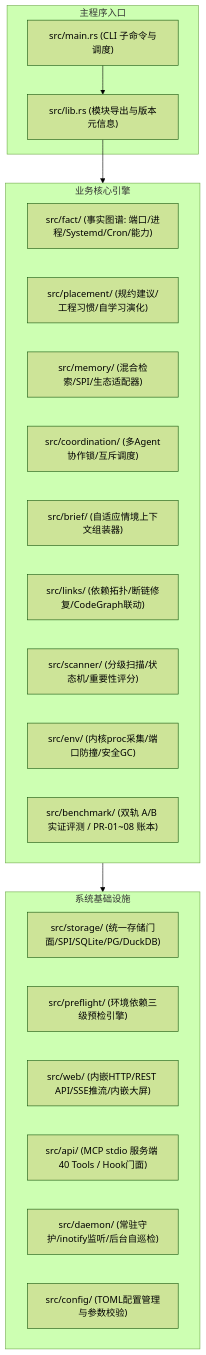
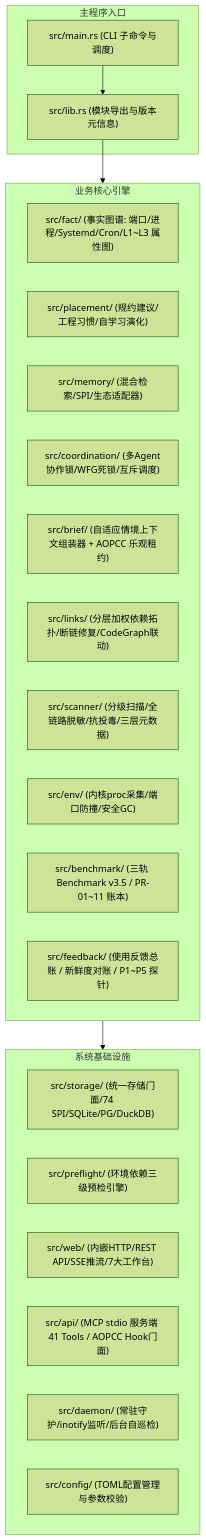
One commit to digoal/agent-body changed the first of 2 diagrams in arch/02-for-developers.md. Above: the diagram before and after it, drawn with Mermaid (forest theme). The commit also changed other lines of this file and 40 other files, not shown here.

Commit message:
docs & feat: align all first-class citizens (SKILLs, manuals, arch, CLI/Web UI, decks, manifest gate) with Phase 42 / Bench v3.5 codebase

````diff
--- a/arch/02-for-developers.md
+++ b/arch/02-for-developers.md
@@ -12,32 +12,33 @@
 ```mermaid
 graph TD
     subgraph MainApp["主程序入口"]
         M["src/main.rs (CLI 子命令与调度)"]
         L["src/lib.rs (模块导出与版本元信息)"]
     end
 
-    subgraph CoreEngines["业务核心引擎"]
-        FACT["src/fact/ (事实图谱: 端口/进程/Systemd/Cron/能力)"]
-        PLACE["src/placement/ (规约建议/工程习惯/自学习演化)"]
-        MEM["src/memory/ (混合检索/SPI/生态适配器)"]
-        COORD["src/coordination/ (多Agent协作锁/互斥调度)"]
-        BRIEF["src/brief/ (自适应情境上下文组装器)"]
-        LINKS["src/links/ (依赖拓扑/断链修复/CodeGraph联动)"]
-        SCAN["src/scanner/ (分级扫描/状态机/重要性评分)"]
-        ENV["src/env/ (内核proc采集/端口防撞/安全GC)"]
-        BENCH["src/benchmark/ (双轨 A/B 实证评测 / PR-01~08 账本)"]
-    end
+        subgraph CoreEngines["业务核心引擎"]
+            FACT["src/fact/ (事实图谱: 端口/进程/Systemd/Cron/L1~L3 属性图)"]
+            PLACE["src/placement/ (规约建议/工程习惯/自学习演化)"]
+            MEM["src/memory/ (混合检索/SPI/生态适配器)"]
+            COORD["src/coordination/ (多Agent协作锁/WFG死锁/互斥调度)"]
+            BRIEF["src/brief/ (自适应情境上下文组装器 + AOPCC 乐观租约)"]
+            LINKS["src/links/ (分层加权依赖拓扑/断链修复/CodeGraph联动)"]
+            SCAN["src/scanner/ (分级扫描/全链路脱敏/抗投毒/三层元数据)"]
+            ENV["src/env/ (内核proc采集/端口防撞/安全GC)"]
+            BENCH["src/benchmark/ (三轨 Benchmark v3.5 / PR-01~11 账本)"]
+            FB["src/feedback/ (使用反馈总账 / 新鲜度对账 / P1~P5 探针)"]
+        end
 
     subgraph Infrastructure["系统基础设施"]
-        STORAGE["src/storage/ (统一存储门面/SPI/SQLite/PG/DuckDB)"]
+        STORAGE["src/storage/ (统一存储门面/74 SPI/SQLite/PG/DuckDB)"]
         PRE["src/preflight/ (环境依赖三级预检引擎)"]
-        WEB["src/web/ (内嵌HTTP/REST API/SSE推流/内嵌大屏)"]
-        MCP["src/api/ (MCP stdio 服务端 40 Tools / Hook门面)"]
+        WEB["src/web/ (内嵌HTTP/REST API/SSE推流/7大工作台)"]
+        MCP["src/api/ (MCP stdio 服务端 41 Tools / AOPCC Hook门面)"]
         DAEMON["src/daemon/ (常驻守护/inotify监听/后台自巡检)"]
         CFG["src/config/ (TOML配置管理与参数校验)"]
     end
 
     M --> L
     L --> CoreEngines
     CoreEngines --> Infrastructure
 ```
````
